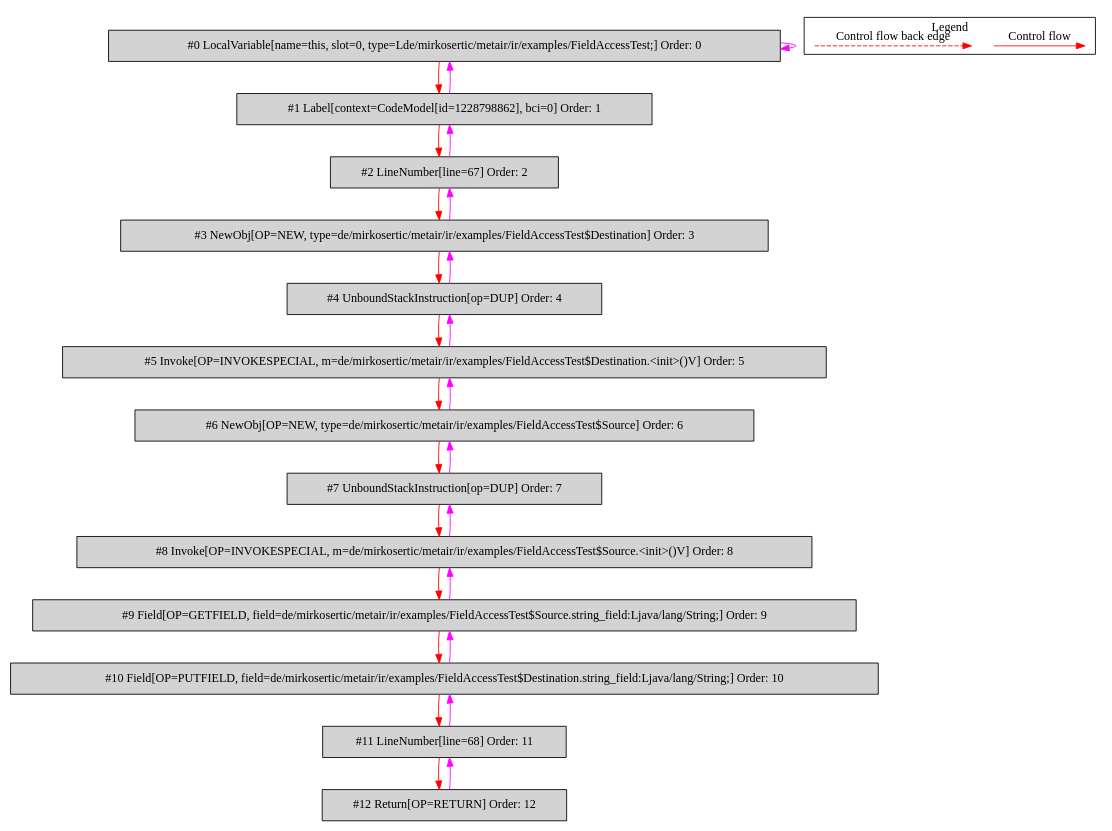
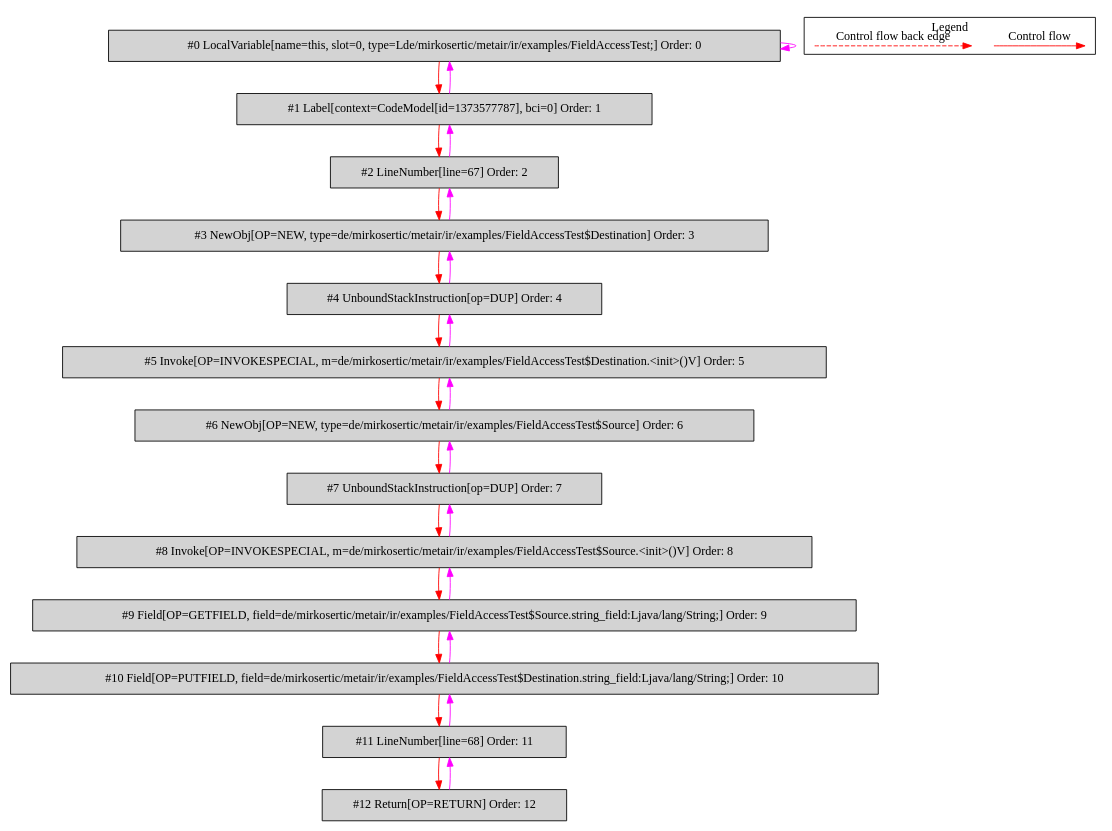
The diagram in de.mirkosertic.metair.ir.examples.FieldAccessTest/copy_string/bytecodecfg.dot (mirkosertic/MetaIR), drawn with Graphviz before and after one commit. The commit also changed 610 other files, not shown here.

```diff
--- a/de.mirkosertic.metair.ir.examples.FieldAccessTest/copy_string/bytecodecfg.dot
+++ b/de.mirkosertic.metair.ir.examples.FieldAccessTest/copy_string/bytecodecfg.dot
@@ -1,55 +1,55 @@
 digraph {
  ordering="in";
  node0[label="#0 LocalVariable[name=this, slot=0, type=Lde/mirkosertic/metair/ir/examples/FieldAccessTest;] Order: 0", shape=box, fillcolor=lightgrey, style=filled];
- node1[label="#1 Label[context=CodeModel[id=1228798862], bci=0] Order: 1", shape=box, fillcolor=lightgrey, style=filled];
+ node1[label="#1 Label[context=CodeModel[id=1373577787], bci=0] Order: 1", shape=box, fillcolor=lightgrey, style=filled];
  node2[label="#2 LineNumber[line=67] Order: 2", shape=box, fillcolor=lightgrey, style=filled];
  node3[label="#3 NewObj[OP=NEW, type=de/mirkosertic/metair/ir/examples/FieldAccessTest$Destination] Order: 3", shape=box, fillcolor=lightgrey, style=filled];
  node4[label="#4 UnboundStackInstruction[op=DUP] Order: 4", shape=box, fillcolor=lightgrey, style=filled];
  node5[label="#5 Invoke[OP=INVOKESPECIAL, m=de/mirkosertic/metair/ir/examples/FieldAccessTest$Destination.<init>()V] Order: 5", shape=box, fillcolor=lightgrey, style=filled];
  node6[label="#6 NewObj[OP=NEW, type=de/mirkosertic/metair/ir/examples/FieldAccessTest$Source] Order: 6", shape=box, fillcolor=lightgrey, style=filled];
  node7[label="#7 UnboundStackInstruction[op=DUP] Order: 7", shape=box, fillcolor=lightgrey, style=filled];
  node8[label="#8 Invoke[OP=INVOKESPECIAL, m=de/mirkosertic/metair/ir/examples/FieldAccessTest$Source.<init>()V] Order: 8", shape=box, fillcolor=lightgrey, style=filled];
  node9[label="#9 Field[OP=GETFIELD, field=de/mirkosertic/metair/ir/examples/FieldAccessTest$Source.string_field:Ljava/lang/String;] Order: 9", shape=box, fillcolor=lightgrey, style=filled];
  node10[label="#10 Field[OP=PUTFIELD, field=de/mirkosertic/metair/ir/examples/FieldAccessTest$Destination.string_field:Ljava/lang/String;] Order: 10", shape=box, fillcolor=lightgrey, style=filled];
  node11[label="#11 LineNumber[line=68] Order: 11", shape=box, fillcolor=lightgrey, style=filled];
  node12[label="#12 Return[OP=RETURN] Order: 12", shape=box, fillcolor=lightgrey, style=filled];
  node0 -> node0[color=fuchsia];
  node0 -> node1[color=red];
  node1 -> node0[color=fuchsia];
  node1 -> node2[color=red];
  node2 -> node1[color=fuchsia];
  node2 -> node3[color=red];
  node3 -> node2[color=fuchsia];
  node3 -> node4[color=red];
  node4 -> node3[color=fuchsia];
  node4 -> node5[color=red];
  node5 -> node4[color=fuchsia];
  node5 -> node6[color=red];
  node6 -> node5[color=fuchsia];
  node6 -> node7[color=red];
  node7 -> node6[color=fuchsia];
  node7 -> node8[color=red];
  node8 -> node7[color=fuchsia];
  node8 -> node9[color=red];
  node9 -> node8[color=fuchsia];
  node9 -> node10[color=red];
  node10 -> node9[color=fuchsia];
  node10 -> node11[color=red];
  node11 -> node10[color=fuchsia];
  node11 -> node12[color=red];
  node12 -> node11[color=fuchsia];
  subgraph cluster_000 {
   label = "Legend";
   node [shape=point]
   {
    rank=same;
    c0 [style = invis];
    c1 [style = invis];
    c2 [style = invis];
    c3 [style = invis];
   }
   c0 -> c1 [label="Control flow", style=solid, color=red]
   c2 -> c3 [label="Control flow back edge", style=dashed, color=red]
  }
 
 }
```
